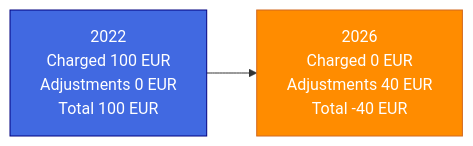
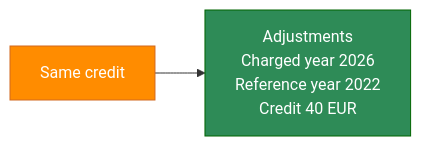
Before and after one commit to rafael-pissardo/lagom: the fourth of 4 diagrams in README.md, drawn with Mermaid. The commit also changed other lines of this file and 15 other files, not shown here.

````diff
--- a/README.md
+++ b/README.md
@@ -54,6 +54,6 @@
 ```mermaid
 flowchart LR
-    classDef charged fill:royalblue,stroke:navy,color:white
     classDef credit fill:darkorange,stroke:chocolate,color:white
-    A["2022<br/>Charged 100 EUR<br/>Adjustments 0 EUR<br/>Total 100 EUR"]:::charged --> B["2026<br/>Charged 0 EUR<br/>Adjustments 40 EUR<br/>Total -40 EUR"]:::credit
+    classDef total fill:seagreen,stroke:darkgreen,color:white
+    A["Same credit"]:::credit --> B["Adjustments<br/>Charged year 2026<br/>Reference year 2022<br/>Credit 40 EUR"]:::total
 ```
````
